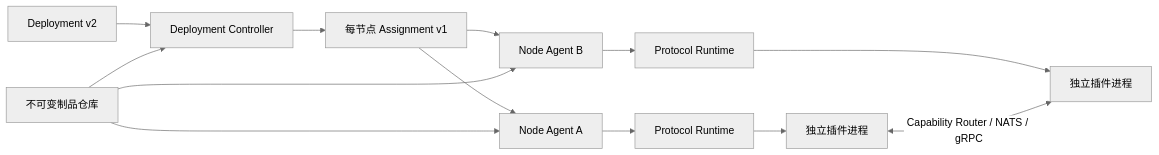
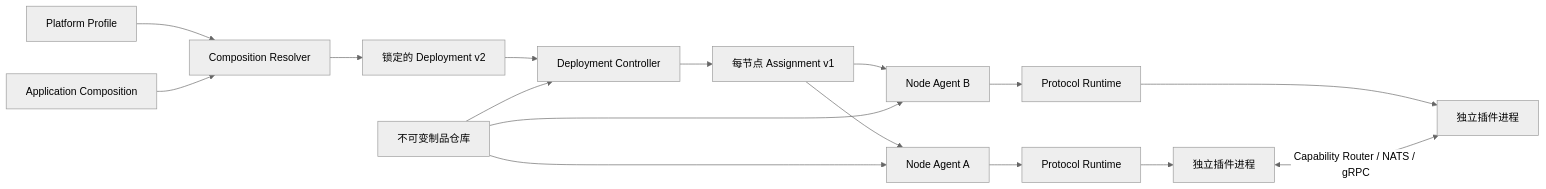
The diagram in README.md (yandt/VastPlan), drawn with Mermaid (neutral theme) before and after one commit. The commit also changed other lines of this file and 39 other files, not shown here.

````diff
--- a/README.md
+++ b/README.md
@@ -28,15 +28,18 @@
 ```mermaid
 flowchart LR
-  D["Deployment v2"] --> C["Deployment Controller"]
+  PP["Platform Profile"] --> CR["Composition Resolver"]
+  AC["Application Composition"] --> CR
+  CR --> D["锁定的 Deployment v2"]
+  D --> C["Deployment Controller"]
   R["不可变制品仓库"] --> C
   C --> A["每节点 Assignment v1"]
   A --> N1["Node Agent A"]
   A --> N2["Node Agent B"]
   R --> N1
   R --> N2
   N1 --> H1["Protocol Runtime"]
   N2 --> H2["Protocol Runtime"]
   H1 --> P1["独立插件进程"]
   H2 --> P2["独立插件进程"]
   P1 <-->|"Capability Router / NATS / gRPC"| P2
 ```
````
